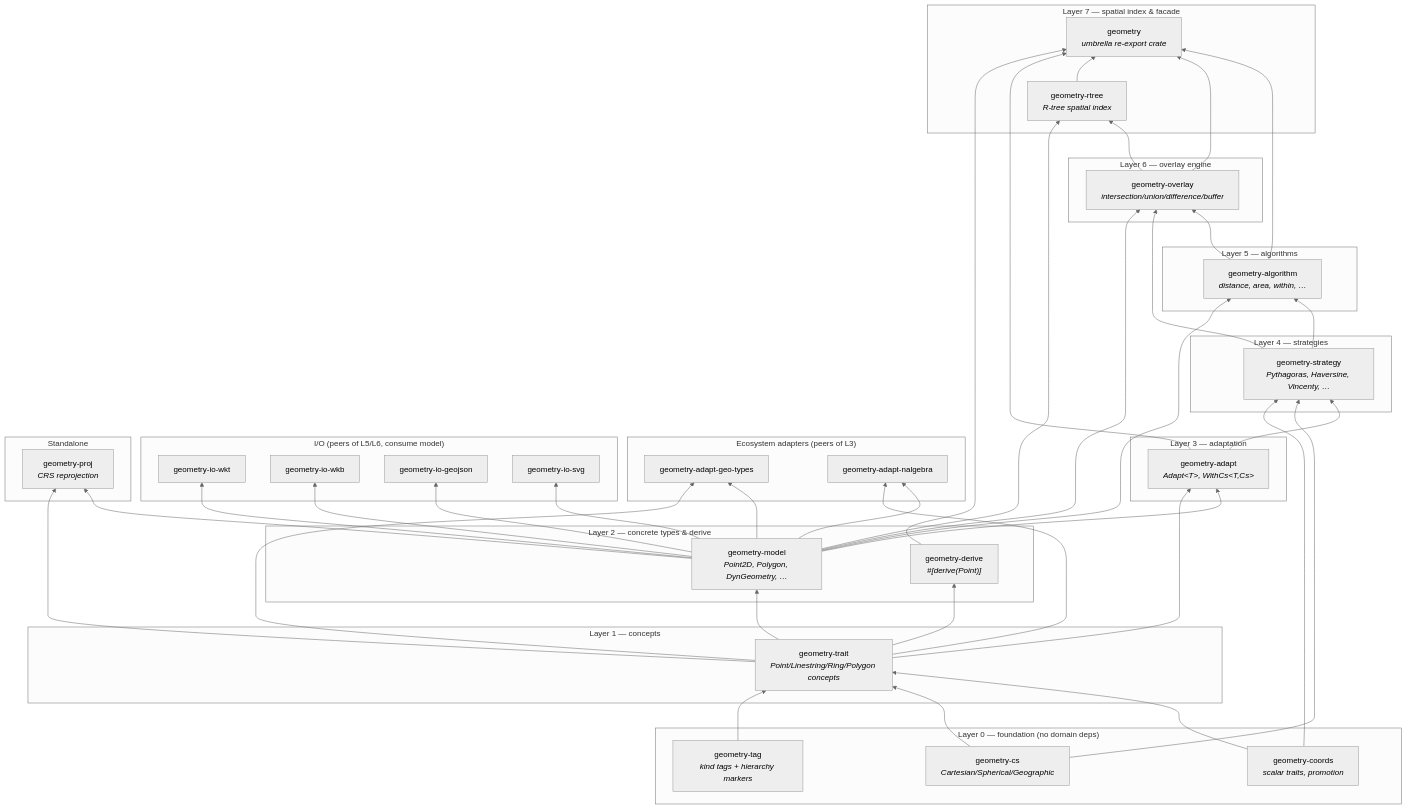
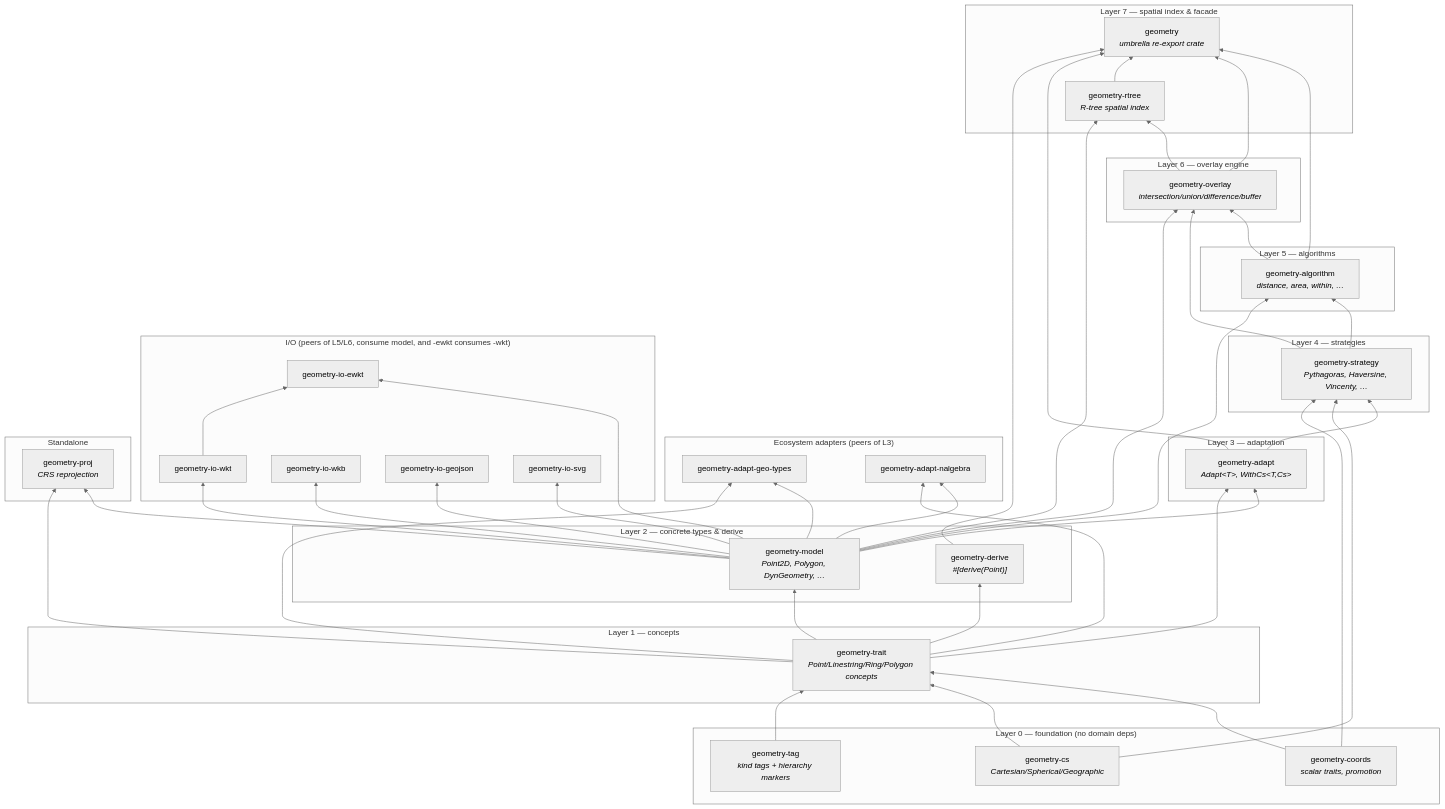
The diagram in docs/01-architecture.md (pentatonick/boost_geometry), drawn with Mermaid (neutral theme) before and after one commit. The commit also changed other lines of this file and 18 other files, not shown here.

```diff
--- a/docs/01-architecture.md
+++ b/docs/01-architecture.md
@@ -55,8 +57,9 @@
         adapt_na["geometry-adapt-nalgebra"]
     end
 
-    subgraph "I/O (peers of L5/L6, consume model)"
+    subgraph "I/O (peers of L5/L6, consume model, and -ewkt consumes -wkt)"
         io_wkt["geometry-io-wkt"]
+        io_ewkt["geometry-io-ewkt"]
         io_wkb["geometry-io-wkb"]
         io_geojson["geometry-io-geojson"]
         io_svg["geometry-io-svg"]
@@ -95,6 +98,8 @@
     trait_ --> adapt_na
 
     model --> io_wkt
+    model --> io_ewkt
+    io_wkt --> io_ewkt
     model --> io_wkb
     model --> io_geojson
     model --> io_svg
```
